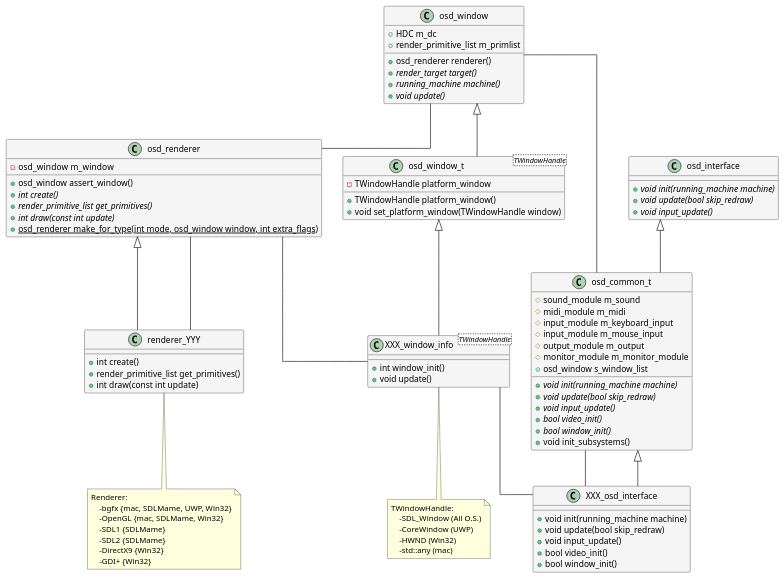
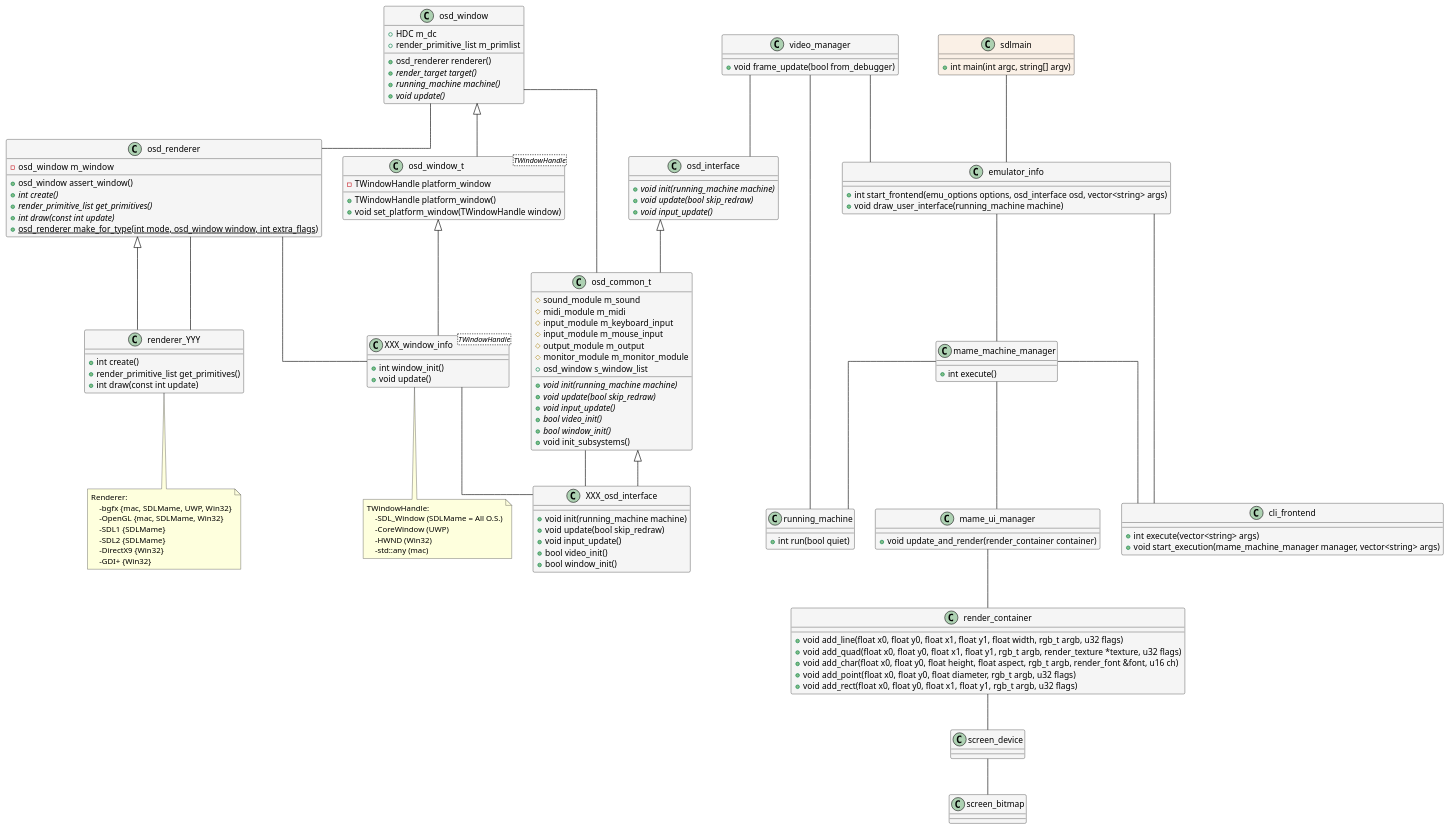
The diagram in Streaming/UML/class.puml (mikymaione/MAMEStreamingPlatform), drawn with PlantUML before and after one commit. The commit also changed 3 other files, not shown here.

```diff
--- a/Streaming/UML/class.puml
+++ b/Streaming/UML/class.puml
@@ -1,106 +1,161 @@
 @startuml mame
 
 skinparam LineType ortho
 skinparam ArrowColor black
 skinparam Shadowing false
 
 skinparam class {
     BackgroundColor WhiteSmoke
     BorderColor black
 }
 
 class osd_renderer {
     -osd_window  m_window
     +osd_window assert_window()
     {abstract} +int create()
     {abstract} +render_primitive_list get_primitives()
     {abstract} +int draw(const int update)
     {static} +osd_renderer make_for_type(int mode, osd_window window, int extra_flags)
 }
 
 class renderer_YYY extends osd_renderer {    
     +int create()
     +render_primitive_list get_primitives()    
     +int draw(const int update)
 }
 
 osd_window -- osd_renderer
 renderer_YYY -- osd_renderer
 
 class osd_window_t<TWindowHandle> extends osd_window {
     -TWindowHandle platform_window
     +TWindowHandle platform_window()
 	+void set_platform_window(TWindowHandle window)
 }
 
 class osd_window {
     +HDC m_dc
     +render_primitive_list m_primlist
     +osd_renderer renderer()        
     {abstract} +render_target target()    
     {abstract} +running_machine machine()
     {abstract} +void update()    
 }
 
 class XXX_window_info<TWindowHandle> extends osd_window_t {    
     +int window_init()
     +void update()
 }
 
 osd_renderer -- XXX_window_info
 osd_common_t -- XXX_osd_interface
 XXX_window_info -- XXX_osd_interface
 
 class XXX_osd_interface extends osd_common_t {
     +void init(running_machine machine)
     +void update(bool skip_redraw)
     +void input_update()
     +bool video_init()
     +bool window_init()
 }
 
 osd_window -- osd_common_t
 
 class osd_interface {
 	{abstract} +void init(running_machine machine)
 	{abstract} +void update(bool skip_redraw)
 	{abstract} +void input_update()
 }
 
 class osd_common_t extends osd_interface {
     #sound_module m_sound
     #midi_module m_midi
     #input_module m_keyboard_input
     #input_module m_mouse_input 
     #output_module m_output
     #monitor_module m_monitor_module
     +osd_window s_window_list
     {abstract} + void init(running_machine machine)
     {abstract} + void update(bool skip_redraw)
     {abstract} + void input_update()
     {abstract} +bool video_init()
     {abstract} +bool window_init()
     +void init_subsystems()
 }
 
+class sdlmain #Linen {
+    +int main(int argc, string[] argv)
+}
+
+class emulator_info {
+    +int start_frontend(emu_options options, osd_interface osd, vector<string> args)
+    +void draw_user_interface(running_machine machine)
+}
+
+sdlmain -- emulator_info
+
+class cli_frontend {
+    +int execute(vector<string> args)
+    +void start_execution(mame_machine_manager manager, vector<string> args)
+}
+
+class mame_machine_manager {
+    +int execute()
+}
+
+class mame_ui_manager {
+    +void update_and_render(render_container container)
+}
+
+class render_container {
+    +void add_line(float x0, float y0, float x1, float y1, float width, rgb_t argb, u32 flags)
+	+void add_quad(float x0, float y0, float x1, float y1, rgb_t argb, render_texture *texture, u32 flags)
+	+void add_char(float x0, float y0, float height, float aspect, rgb_t argb, render_font &font, u16 ch)
+	+void add_point(float x0, float y0, float diameter, rgb_t argb, u32 flags)
+	+void add_rect(float x0, float y0, float x1, float y1, rgb_t argb, u32 flags)
+}
+
+mame_ui_manager -- render_container
+mame_machine_manager -- mame_ui_manager
+
+emulator_info -- mame_machine_manager
+emulator_info -- cli_frontend
+mame_machine_manager -- cli_frontend
+
+class running_machine {
+    +int run(bool quiet)
+}
+
+mame_machine_manager -- running_machine
+running_machine -- video_manager
+render_container -- screen_device
+
+class video_manager {
+    +void frame_update(bool from_debugger)
+}
+
+video_manager -- osd_interface
+video_manager -- emulator_info
+screen_device -- screen_bitmap
+
 note bottom of XXX_window_info
 TWindowHandle:
-    -SDL_Window (All O.S.)
+    -SDL_Window (SDLMame = All O.S.)
     -CoreWindow (UWP)
     -HWND (Win32)
     -std::any (mac)
 end note
 
 note bottom of renderer_YYY
 Renderer:
     -bgfx {mac, SDLMame, UWP, Win32}
     -OpenGL {mac, SDLMame, Win32}
     -SDL1 {SDLMame}
     -SDL2 {SDLMame}
     -DirectX9 {Win32}
     -GDI+ {Win32}
 end note
 
 ' class osd_stream #Lavender
 
 @enduml
```
